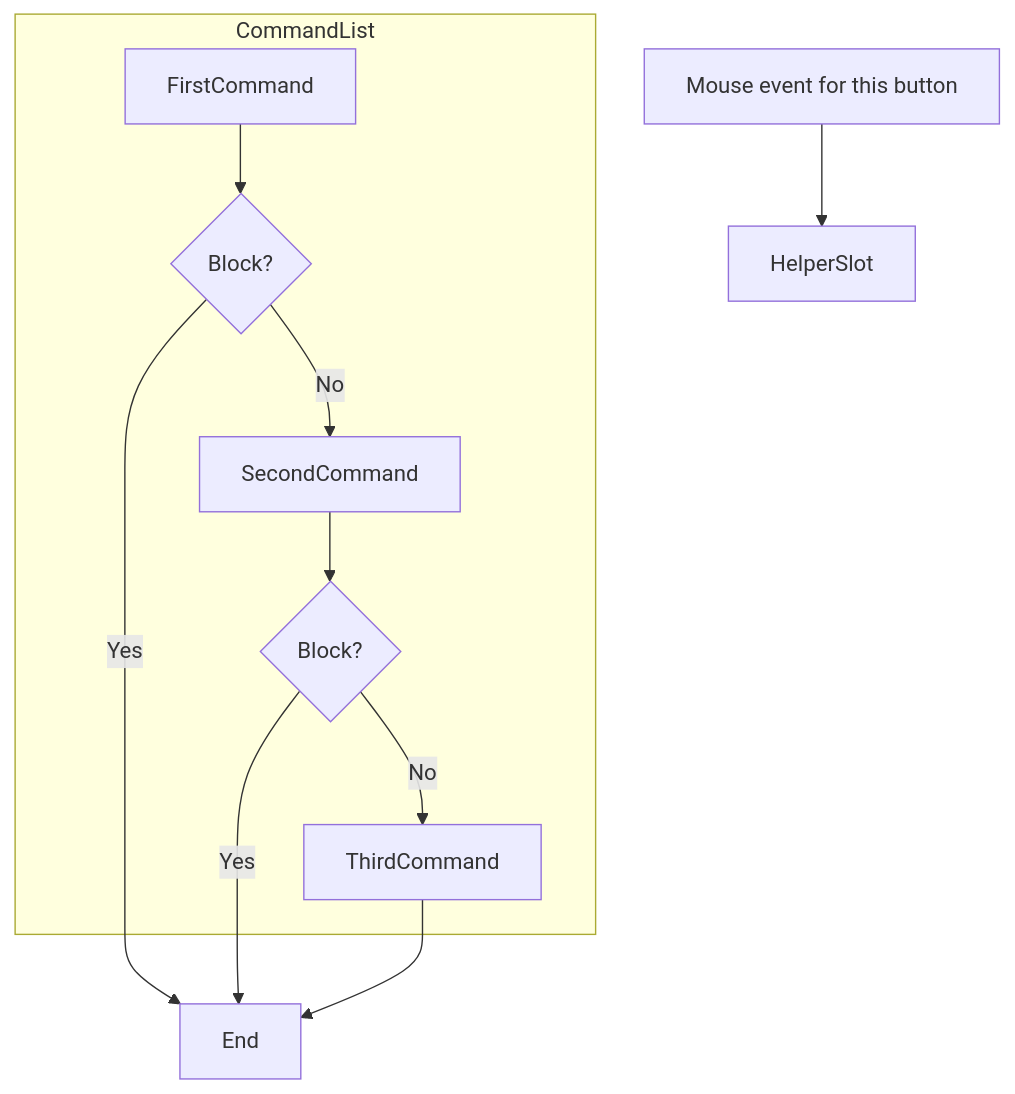
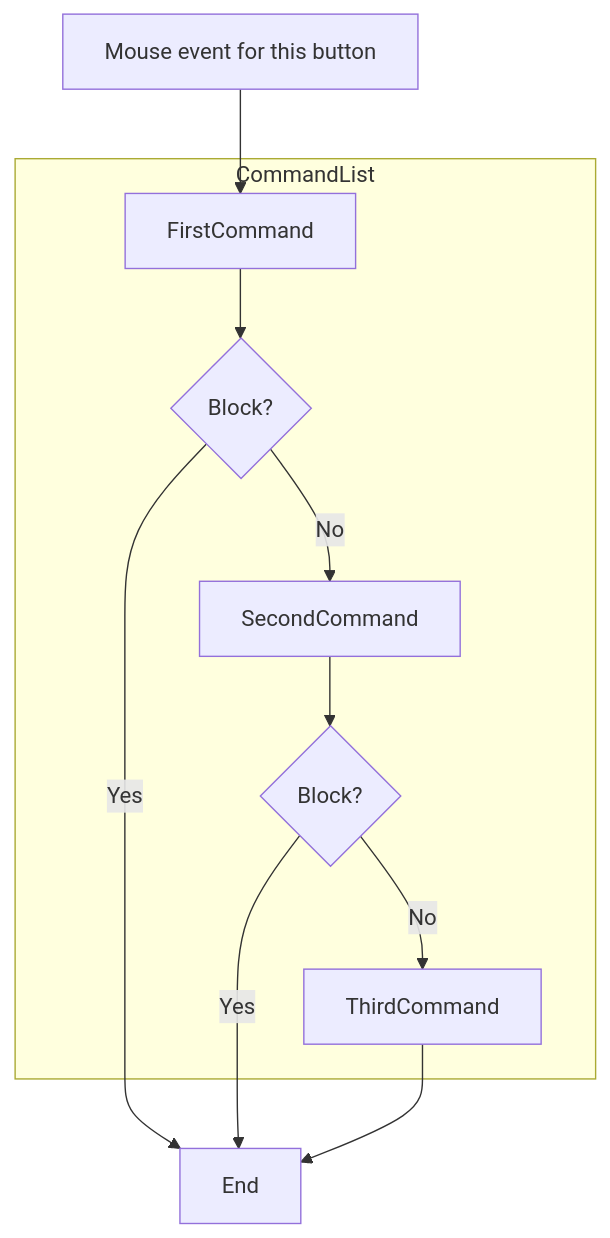
Before and after one commit to vfa-khaidt1/vfa-cdn: the second of 3 diagrams in GraphV6.md, drawn with Mermaid.

````diff
--- a/GraphV6.md
+++ b/GraphV6.md
@@ -89,20 +89,20 @@
 ```mermaid
 flowchart TB
     Event[Mouse event for this button]
     End[End]
     subgraph CommandList
         FirstCommand
         Block1{Block?}
         SecondCommand
         Block2{Block?}
         ThirdCommand
     end
 
 
-    Event --> HelperSlot
+    Event --> FirstCommand
     FirstCommand -->Block1 --> |No| SecondCommand
     Block1 --> |Yes| End
     SecondCommand -->Block2 --> |No| ThirdCommand
     Block2 --> |Yes| End
     ThirdCommand --> End
 ```
````
